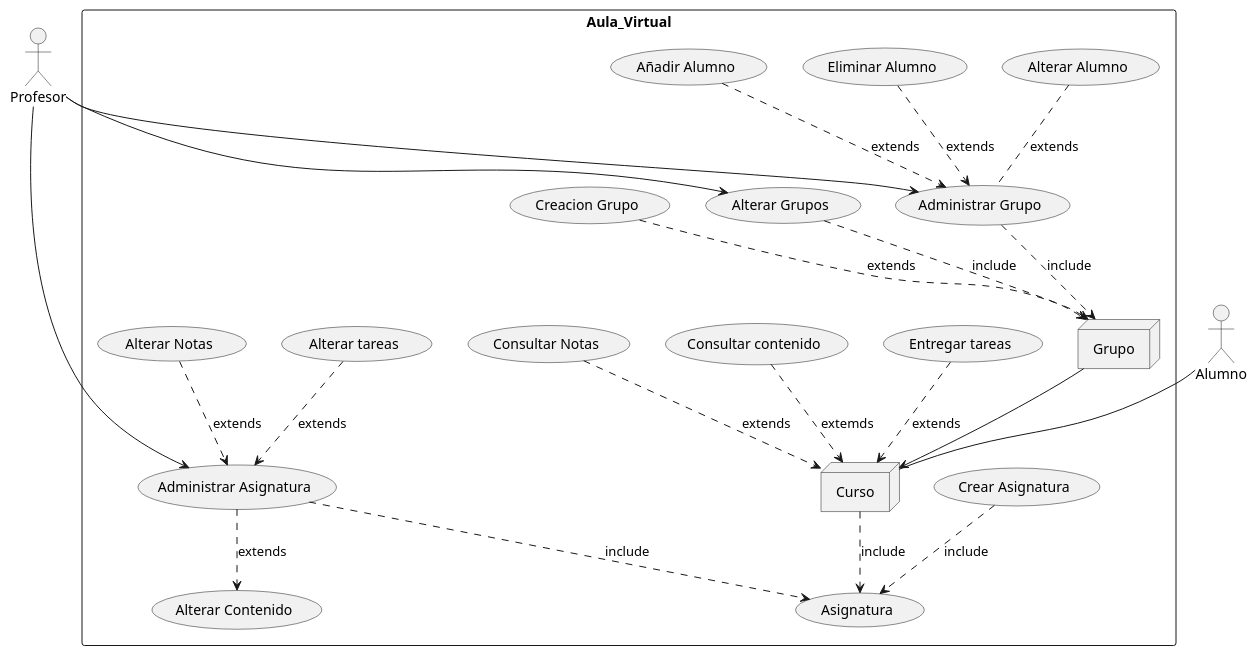
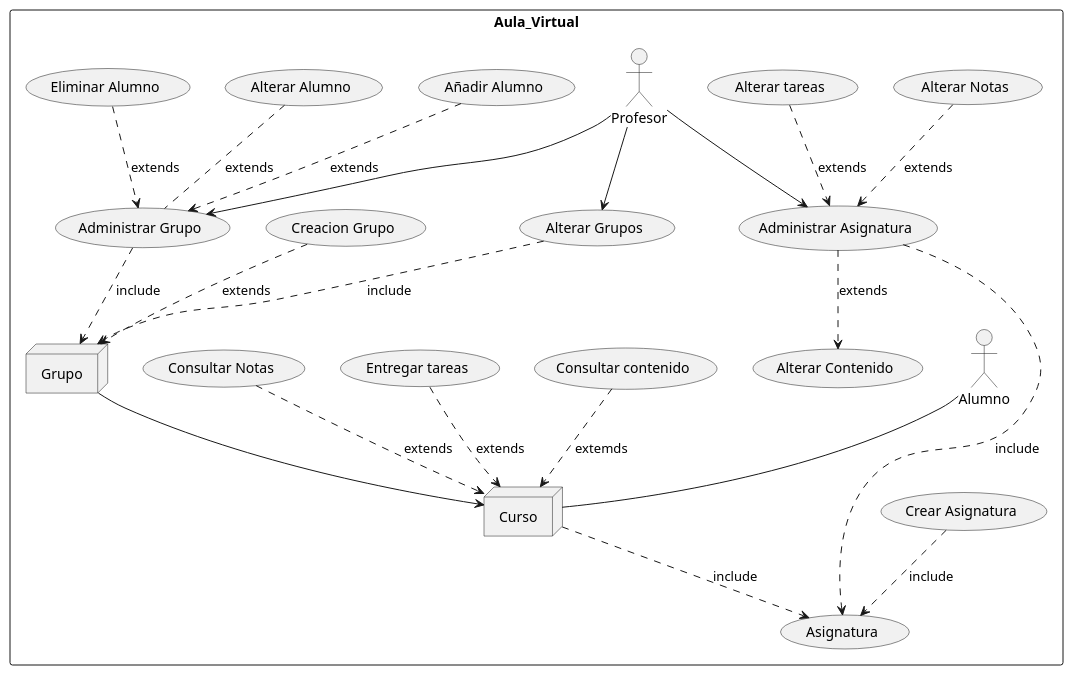
The diagram in ejercicio2.puml (JorgeSF85/DiagramasDeUso), drawn with PlantUML before and after one commit.

Commit message:
Update ejercicio2.puml
edito ejercicio 2

```diff
--- a/ejercicio2.puml
+++ b/ejercicio2.puml
@@ -1,40 +1,43 @@
-@startuml ejercicio 2
-
+@startuml
 skinparam packageStyle rectangle
-
+rectangle Aula_Virtual{
 
 actor Profesor
 
 actor Alumno
 
-rectangle Aula_Virtual{
+
     node Grupo
     node Curso
 
     Profesor --> (Administrar Grupo)
     Profesor --> (Administrar Asignatura)
     
 
     (Crear Asignatura) ..> (Asignatura) : include
     (Administrar Asignatura) ..> (Asignatura) : include
     (Administrar Asignatura) ..> (Alterar Contenido) : extends
+  (Alterar Notas) ..> (Administrar Asignatura) : extends
     (Alterar tareas) ..> (Administrar Asignatura) : extends
-    (Alterar Notas) ..> (Administrar Asignatura) : extends
+  
     
     Profesor --> (Alterar Grupos)
     (Grupo) --> (Curso) 
+(Creacion Grupo) ..> (Grupo) : extends
     (Alterar Grupos) ..> (Grupo) : include
     (Administrar Grupo) ..> (Grupo) : include
-    (Creacion Grupo) ..> (Grupo) : extends
+    
     
     Alumno -- (Curso)
     (Alterar Alumno) .. (Administrar Grupo) : extends
+(Entregar tareas) ..> (Curso) : extends
     (Eliminar Alumno) ..> (Administrar Grupo) : extends
+(Consultar Notas) ..> (Curso) : extends
     (Añadir Alumno) ..> (Administrar Grupo) : extends
     
     (Curso) ..> (Asignatura) : include
-    (Entregar tareas) ..> (Curso) : extends
+    
     (Consultar contenido) ..> (Curso) : extemds
-    (Consultar Notas) ..> (Curso) : extends
+    
 }
 @enduml
```
